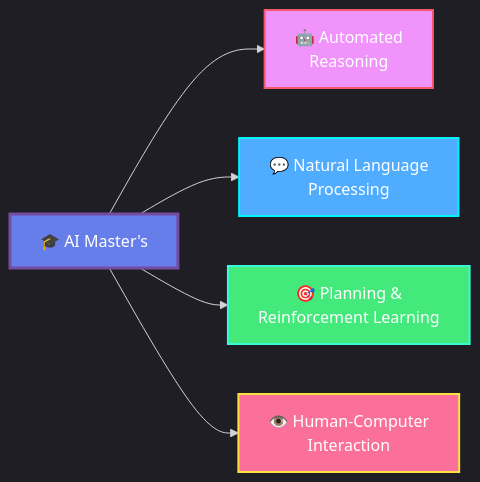
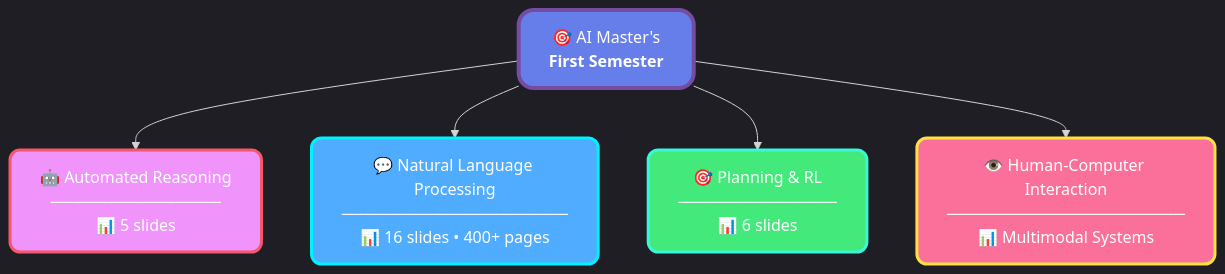
One commit to djacoo/AI---PRIMO-SEMESTRE changed the diagram in README.md. Above: the diagram before and after it, drawn with Mermaid. The commit also changed other lines of this file, not shown here.

````diff
--- a/README.md
+++ b/README.md
@@ -68,14 +96,14 @@
 ```mermaid
-%%{init: {'theme':'dark'}}%%
-graph LR
-    A[🎓 AI Master's] --> B[🤖 Automated<br/>Reasoning]
-    A --> C[💬 Natural Language<br/>Processing]
-    A --> D[🎯 Planning &<br/>Reinforcement Learning]
-    A --> E[👁️ Human-Computer<br/>Interaction]
+%%{init: {'theme':'dark', 'themeVariables': {'fontSize': '16px'}}}%%
+graph TD
+    A["🎯 AI Master's<br/><b>First Semester</b>"] --> B["🤖 Automated Reasoning<br/>───────────────<br/>📊 5 slides"]
+    A --> C["💬 Natural Language Processing<br/>────────────────────<br/>📊 16 slides • 400+ pages"]
+    A --> D["🎯 Planning & RL<br/>──────────────<br/>📊 6 slides"]
+    A --> E["👁️ Human-Computer Interaction<br/>─────────────────────<br/>📊 Multimodal Systems"]
     
-    style A fill:#667eea,stroke:#764ba2,stroke-width:3px,color:#fff
-    style B fill:#f093fb,stroke:#f5576c,stroke-width:2px,color:#fff
-    style C fill:#4facfe,stroke:#00f2fe,stroke-width:2px,color:#fff
-    style D fill:#43e97b,stroke:#38f9d7,stroke-width:2px,color:#fff
-    style E fill:#fa709a,stroke:#fee140,stroke-width:2px,color:#fff
+    style A fill:#667eea,stroke:#764ba2,stroke-width:4px,color:#fff,rx:15,ry:15
+    style B fill:#f093fb,stroke:#f5576c,stroke-width:3px,color:#fff,rx:10,ry:10
+    style C fill:#4facfe,stroke:#00f2fe,stroke-width:3px,color:#fff,rx:10,ry:10
+    style D fill:#43e97b,stroke:#38f9d7,stroke-width:3px,color:#fff,rx:10,ry:10
+    style E fill:#fa709a,stroke:#fee140,stroke-width:3px,color:#fff,rx:10,ry:10
 ```
````
